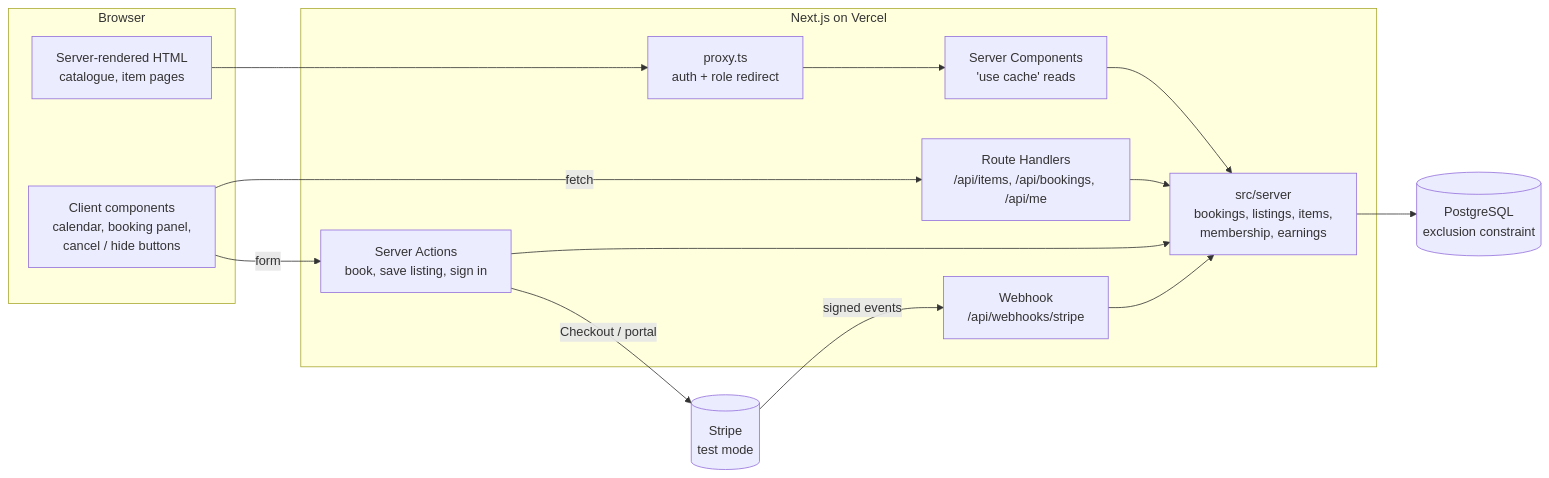
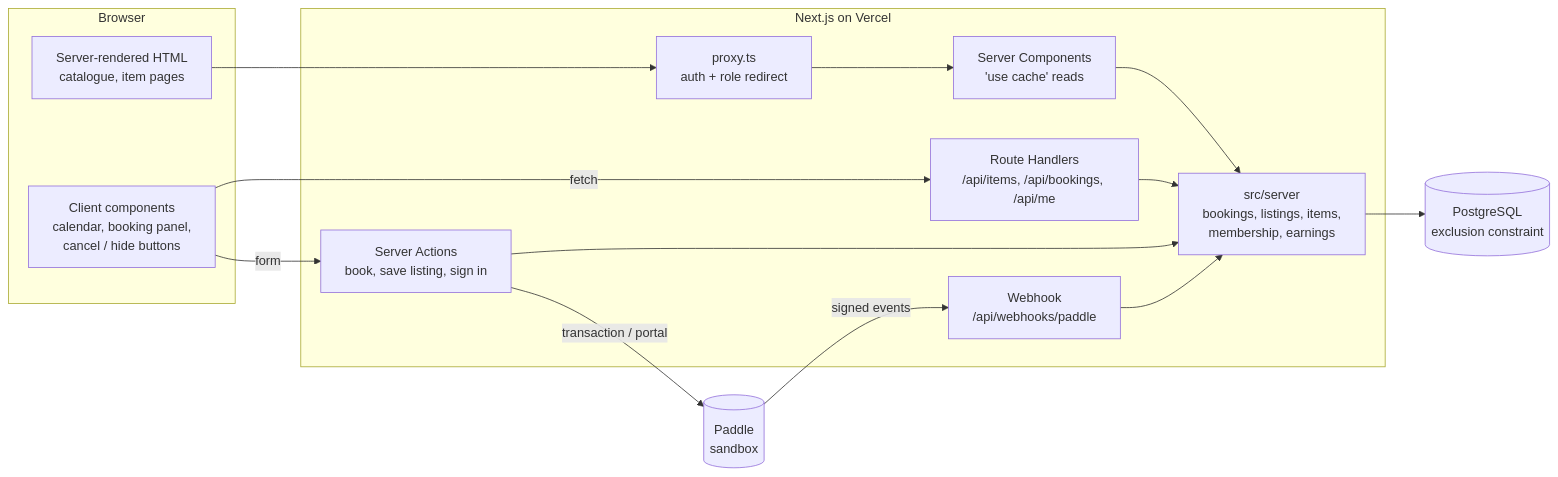
The diagram in README.md (Dinojan9901/lendlot), drawn with Mermaid before and after one commit. The commit also changed other lines of this file, not shown here.

Commit message:
Update README for Paddle billing

````diff
--- a/README.md
+++ b/README.md
@@ -29,24 +29,24 @@
 ```mermaid
 flowchart LR
   subgraph Browser
     RSC[Server-rendered HTML<br/>catalogue, item pages]
     CC[Client components<br/>calendar, booking panel,<br/>cancel / hide buttons]
   end
   subgraph Next.js on Vercel
     Proxy[proxy.ts<br/>auth + role redirect]
     Pages[Server Components<br/>'use cache' reads]
     Actions[Server Actions<br/>book, save listing, sign in]
     API[Route Handlers<br/>/api/items, /api/bookings, /api/me]
-    Webhook["Webhook<br/>/api/webhooks/stripe"]
+    Webhook["Webhook<br/>/api/webhooks/paddle"]
     Services[src/server<br/>bookings, listings, items,<br/>membership, earnings]
   end
   DB[(PostgreSQL<br/>exclusion constraint)]
-  Stripe[(Stripe<br/>test mode)]
+  Paddle[(Paddle<br/>sandbox)]
 
   RSC --> Proxy --> Pages --> Services
   CC -- fetch --> API --> Services
   CC -- form --> Actions --> Services
-  Actions -- Checkout / portal --> Stripe
-  Stripe -- signed events --> Webhook --> Services
+  Actions -- transaction / portal --> Paddle
+  Paddle -- signed events --> Webhook --> Services
   Services --> DB
 ```
````
